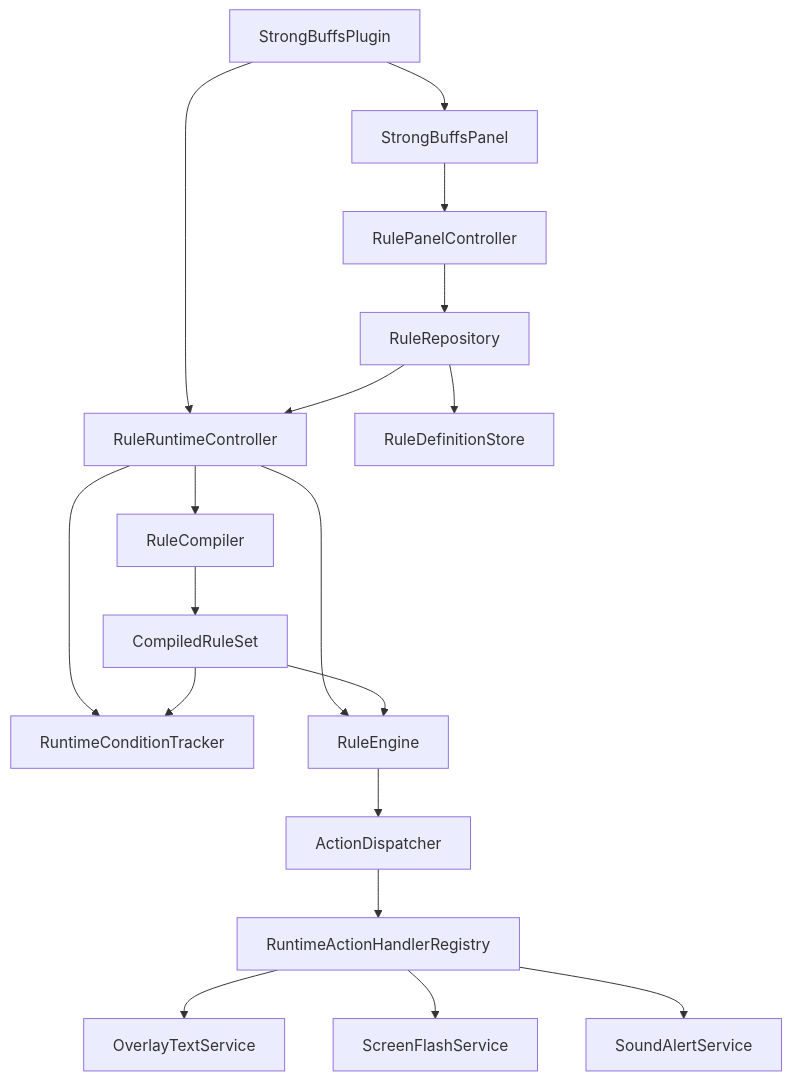
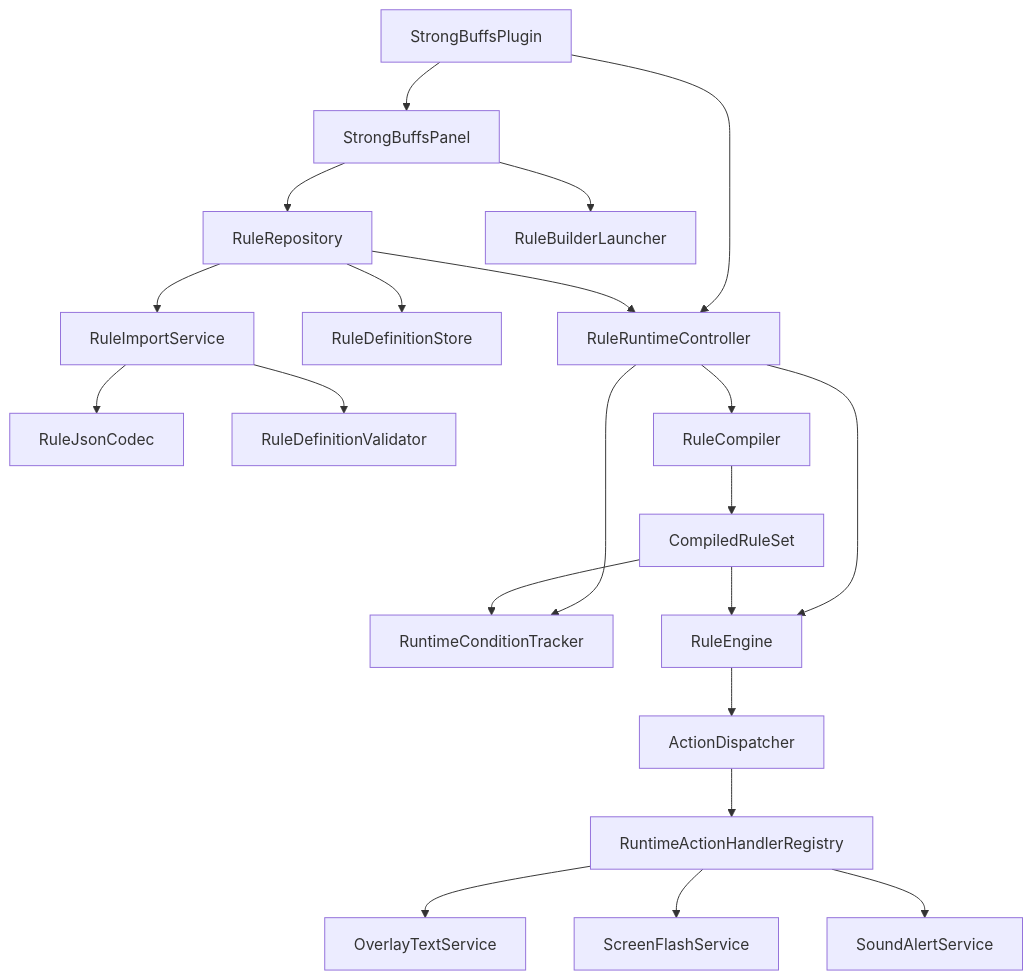
One commit to jessedezwart/strongbuffs changed the first of 4 diagrams in README.md. Above: the diagram before and after it, drawn with Mermaid. The commit also changed other lines of this file and 21 other files, not shown here.

````diff
--- a/README.md
+++ b/README.md
@@ -148,20 +153,23 @@
 ```mermaid
 flowchart TD
 	A[StrongBuffsPlugin] --> B[StrongBuffsPanel]
 	A --> C[RuleRuntimeController]
-	B --> D[RulePanelController]
-	D --> E[RuleRepository]
-	E --> F[RuleDefinitionStore]
-	E --> C
-	C --> G[RuleCompiler]
-	C --> H[RuntimeConditionTracker]
-	C --> I[RuleEngine]
-	I --> J[ActionDispatcher]
-	J --> K[RuntimeActionHandlerRegistry]
-	K --> L[OverlayTextService]
-	K --> M[ScreenFlashService]
-	K --> N[SoundAlertService]
-	G --> O[CompiledRuleSet]
-	O --> I
-	O --> H
+	B --> D[RuleRepository]
+	B --> E[RuleBuilderLauncher]
+	D --> F[RuleDefinitionStore]
+	D --> G[RuleImportService]
+	G --> H[RuleJsonCodec]
+	G --> I[RuleDefinitionValidator]
+	D --> C
+	C --> J[RuleCompiler]
+	C --> K[RuntimeConditionTracker]
+	C --> L[RuleEngine]
+	L --> M[ActionDispatcher]
+	M --> N[RuntimeActionHandlerRegistry]
+	N --> O[OverlayTextService]
+	N --> P[ScreenFlashService]
+	N --> Q[SoundAlertService]
+	J --> R[CompiledRuleSet]
+	R --> L
+	R --> K
 ```
````
